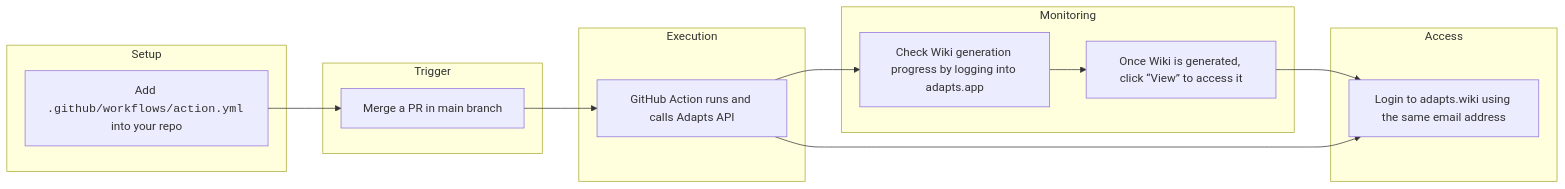
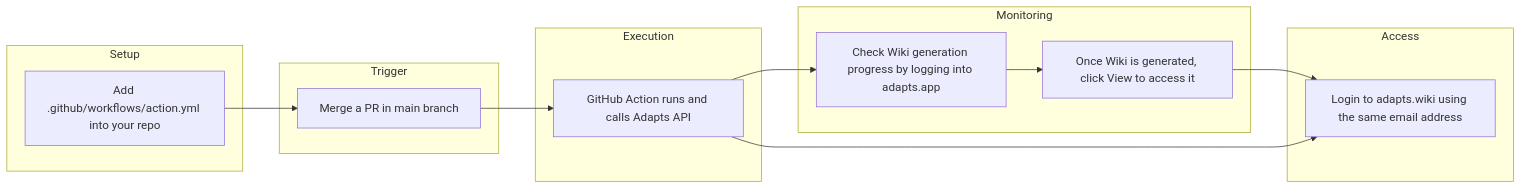
The diagram in README.md (AdaptsAI/.github), drawn with Mermaid before and after one commit. The commit also changed other lines of this file and 41 other files, not shown here.

````diff
--- a/README.md
+++ b/README.md
@@ -18,34 +193,34 @@
 ```mermaid
 flowchart LR
     %% Subgraph definitions
     subgraph Setup
-        A[Add <code>.github/workflows/action.yml</code> into your repo]
+        A[Add .github/workflows/action.yml into your repo]
     end
     subgraph Trigger
         B[Merge a PR in main branch]
     end
     subgraph Execution
         C[GitHub Action runs and calls Adapts API]
     end
     subgraph Monitoring
         D[Check Wiki generation progress by logging into adapts.app]
-        E[Once Wiki is generated, click “View” to access it]
+        E[Once Wiki is generated, click View to access it]
     end
     subgraph Access
         F[Login to adapts.wiki using the same email address]
     end
 
     %% Flow connections
     A --> B --> C
     C --> D
     D --> E
     E --> F
     C --> F
 
     class A setup
     class B trigger
     class C exec
     class D,E monitor
     class F access
 
 ```
````
